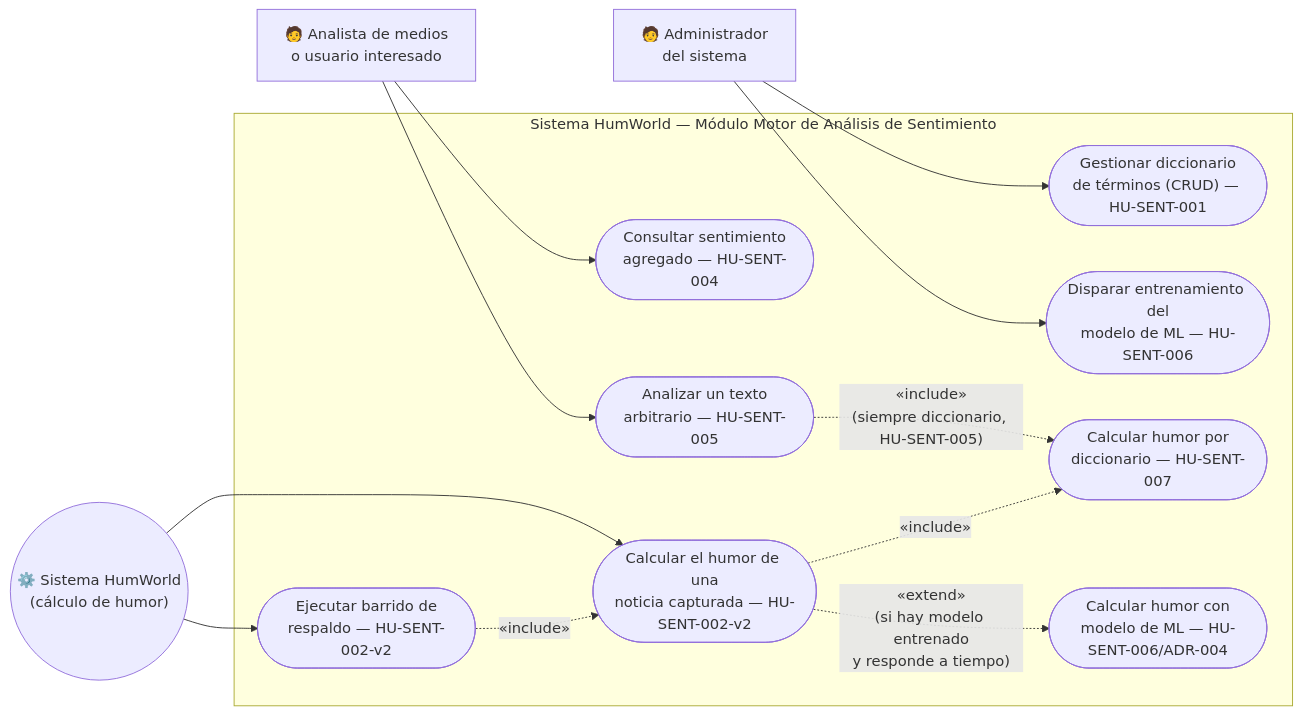
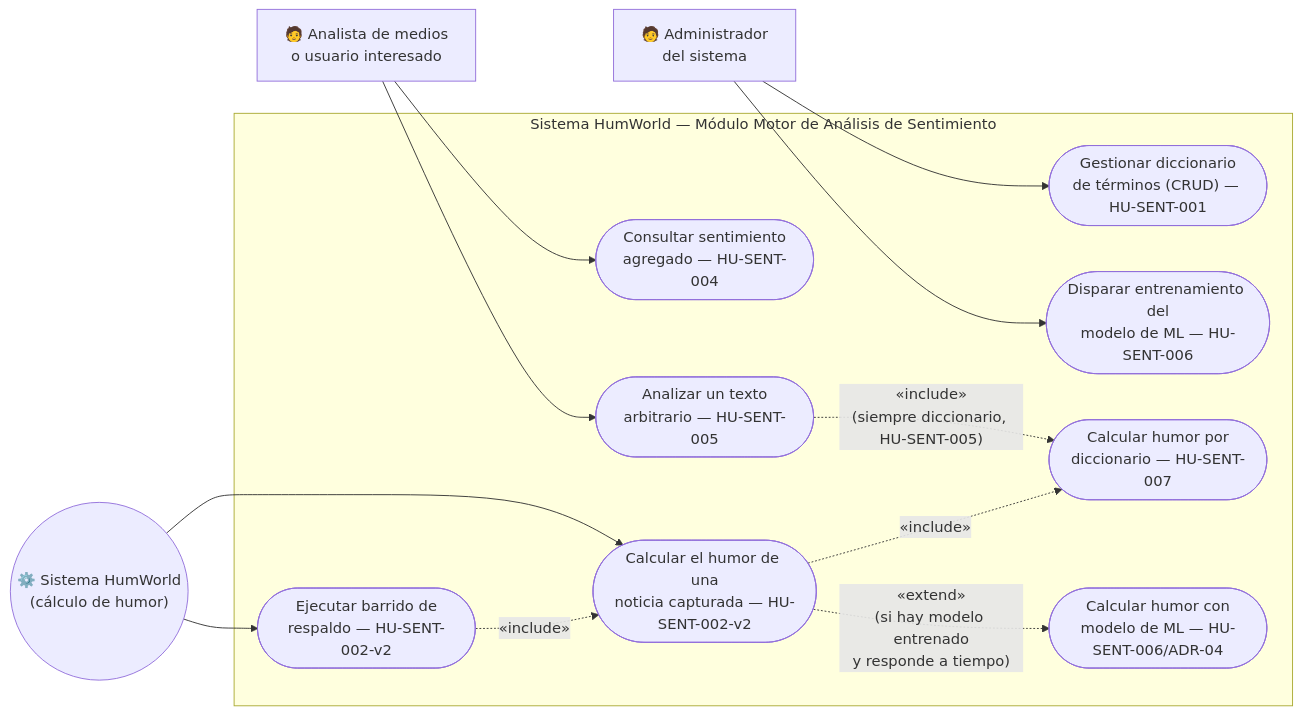
One commit to Lin0u/Equipo3-Humworld changed the diagram in docs/UML/diagrama-casos-de-uso-sentimiento.md. Above: the diagram before and after it, drawn with Mermaid. The commit also changed 14 other files, not shown here.

````diff
--- a/docs/UML/diagrama-casos-de-uso-sentimiento.md
+++ b/docs/UML/diagrama-casos-de-uso-sentimiento.md
@@ -19,29 +19,29 @@
 ```mermaid
 flowchart LR
     Admin["🧑 Administrador\ndel sistema"]
     Analista["🧑 Analista de medios\no usuario interesado"]
     Sistema(("⚙️ Sistema HumWorld\n(cálculo de humor)"))
 
     subgraph SYS["Sistema HumWorld — Módulo Motor de Análisis de Sentimiento"]
         UC1(["Gestionar diccionario\nde términos (CRUD) — HU-SENT-001"])
         UC4(["Consultar sentimiento\nagregado — HU-SENT-004"])
         UC5(["Analizar un texto\narbitrario — HU-SENT-005"])
         UC6(["Disparar entrenamiento del\nmodelo de ML — HU-SENT-006"])
         UC2(["Calcular el humor de una\nnoticia capturada — HU-SENT-002-v2"])
         UCBarrido(["Ejecutar barrido de\nrespaldo — HU-SENT-002-v2"])
         UCDicc(["Calcular humor por\ndiccionario — HU-SENT-007"])
-        UCML(["Calcular humor con\nmodelo de ML — HU-SENT-006/ADR-004"])
+        UCML(["Calcular humor con\nmodelo de ML — HU-SENT-006/ADR-04"])
     end
 
     Admin --> UC1
     Admin --> UC6
     Analista --> UC4
     Analista --> UC5
     Sistema --> UC2
     Sistema --> UCBarrido
 
     UC5 -. "«include»\n(siempre diccionario, HU-SENT-005)" .-> UCDicc
     UC2 -. "«include»" .-> UCDicc
     UC2 -. "«extend»\n(si hay modelo entrenado\ny responde a tiempo)" .-> UCML
     UCBarrido -. "«include»" .-> UC2
 ```
````
